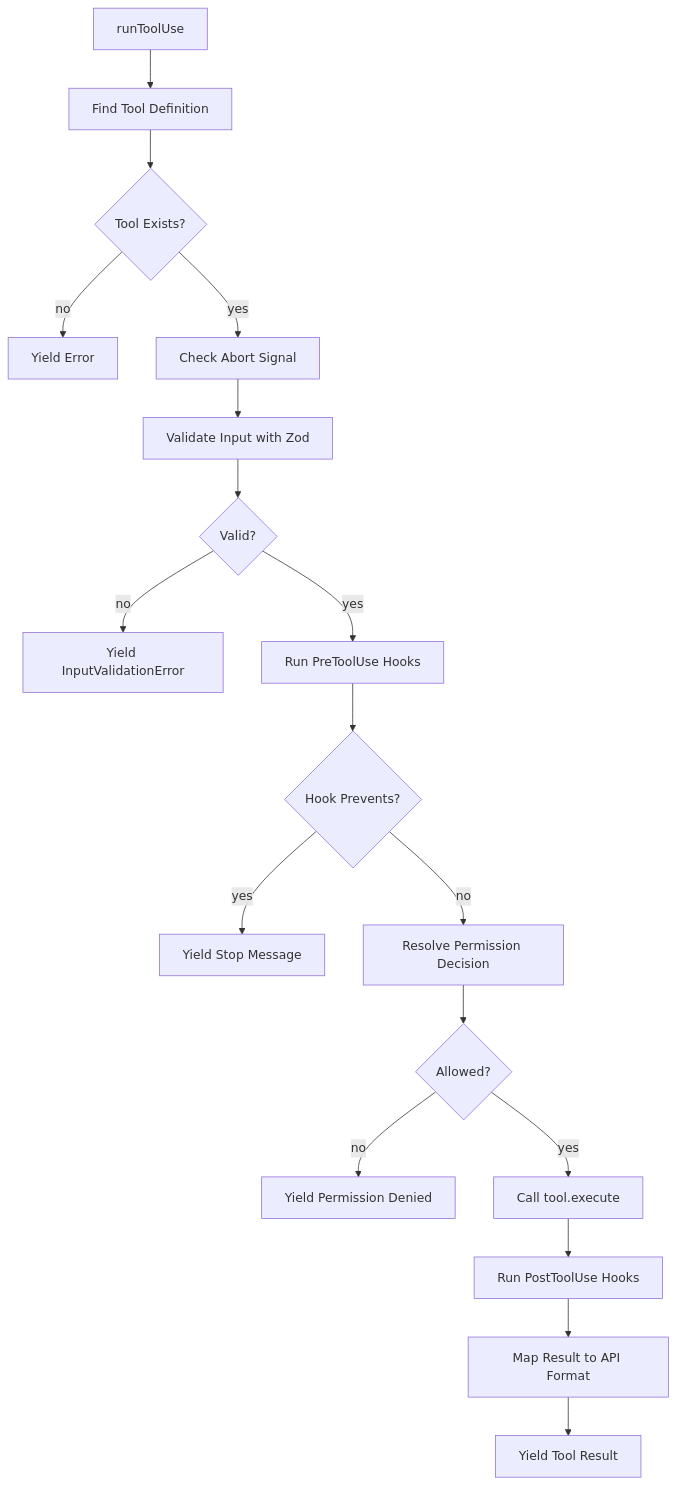
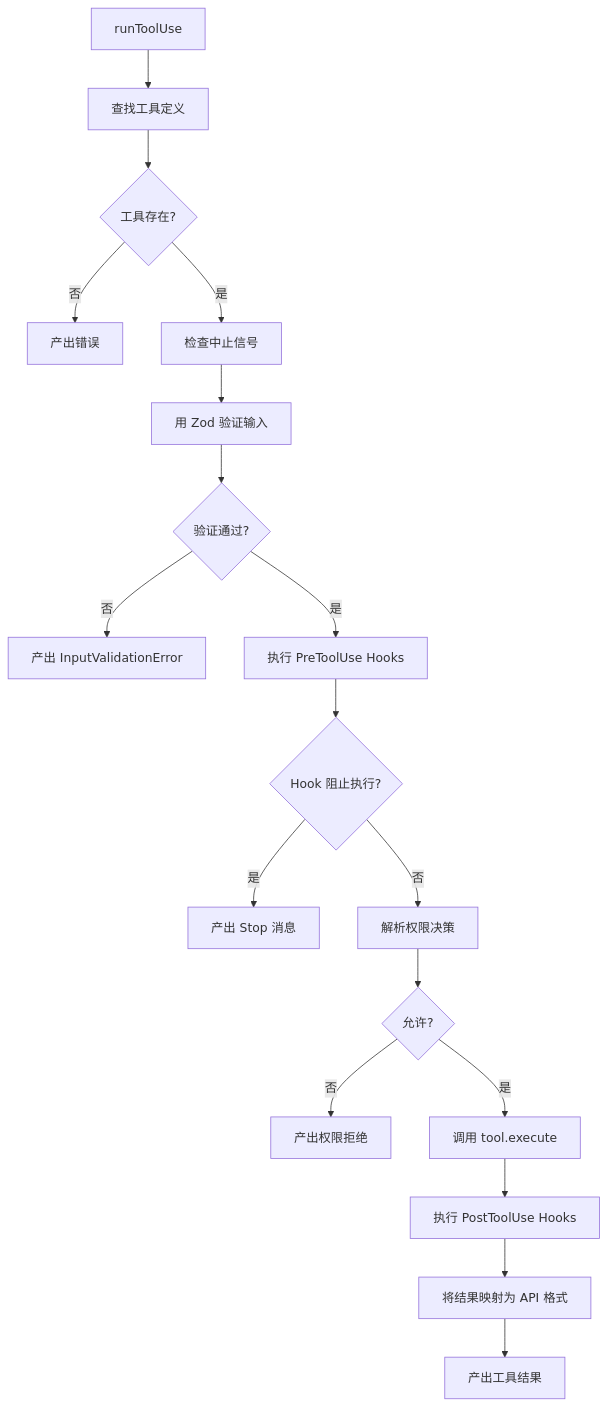
One commit to wisdom-pan/claude-code-learning changed the fifth of 8 diagrams in docs/02-core-engine.md. Above: the diagram before and after it, drawn with Mermaid. The commit also changed other lines of this file and 4 other files, not shown here.

````diff
--- a/docs/02-core-engine.md
+++ b/docs/02-core-engine.md
@@ -535,20 +535,20 @@
 ```mermaid
 flowchart TD
-    A[runToolUse] --> B[Find Tool Definition]
-    B --> C{Tool Exists?}
-    C -->|no| D[Yield Error]
-    C -->|yes| E[Check Abort Signal]
-    E --> F[Validate Input with Zod]
-    F --> G{Valid?}
-    G -->|no| H[Yield InputValidationError]
-    G -->|yes| I[Run PreToolUse Hooks]
-    I --> J{Hook Prevents?}
-    J -->|yes| K[Yield Stop Message]
-    J -->|no| L[Resolve Permission Decision]
-    L --> M{Allowed?}
-    M -->|no| N[Yield Permission Denied]
-    M -->|yes| O[Call tool.execute]
-    O --> P[Run PostToolUse Hooks]
-    P --> Q[Map Result to API Format]
-    Q --> R[Yield Tool Result]
+    A[runToolUse] --> B[查找工具定义]
+    B --> C{工具存在?}
+    C -->|否| D[产出错误]
+    C -->|是| E[检查中止信号]
+    E --> F[用 Zod 验证输入]
+    F --> G{验证通过?}
+    G -->|否| H[产出 InputValidationError]
+    G -->|是| I[执行 PreToolUse Hooks]
+    I --> J{Hook 阻止执行?}
+    J -->|是| K[产出 Stop 消息]
+    J -->|否| L[解析权限决策]
+    L --> M{允许?}
+    M -->|否| N[产出权限拒绝]
+    M -->|是| O[调用 tool.execute]
+    O --> P[执行 PostToolUse Hooks]
+    P --> Q[将结果映射为 API 格式]
+    Q --> R[产出工具结果]
 ```
````
